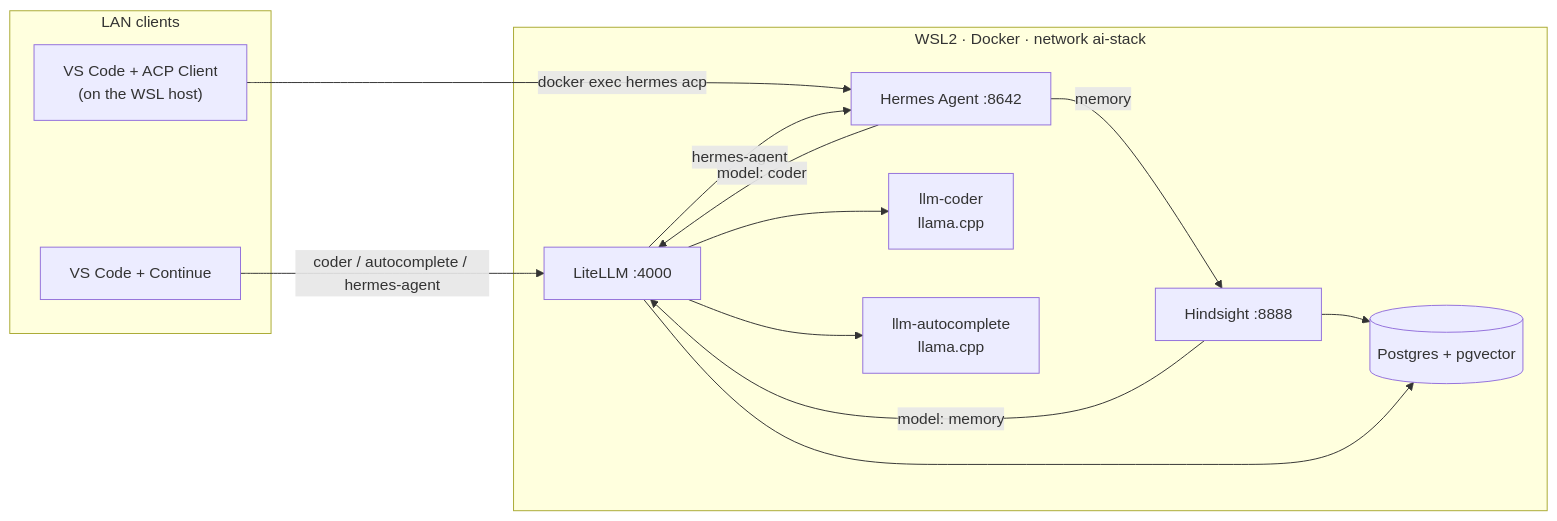
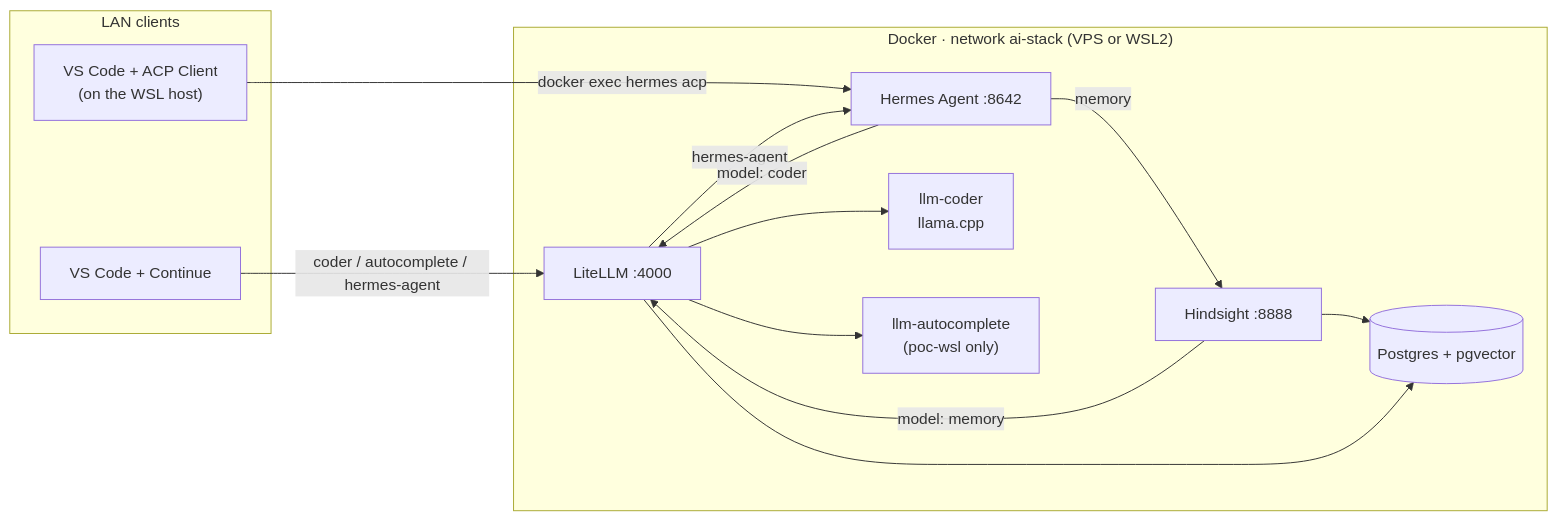
One commit to wyhitomi/ai-stack changed the diagram in README.md. Above: the diagram before and after it, drawn with Mermaid. The commit also changed other lines of this file and 19 other files, not shown here.

First line of the commit message:
Split into vps (4 vCPU/8 GB, CPU) and poc-wsl (Blackwell 8 GB) profiles

````diff
--- a/README.md
+++ b/README.md
@@ -13,24 +20,24 @@
 ```mermaid
 flowchart LR
   subgraph LAN["LAN clients"]
     VS["VS Code + Continue"]
     ACP["VS Code + ACP Client<br/>(on the WSL host)"]
   end
-  subgraph WSL["WSL2 · Docker · network ai-stack"]
+  subgraph WSL["Docker · network ai-stack (VPS or WSL2)"]
     LL["LiteLLM :4000"]
     HM["Hermes Agent :8642"]
     HS["Hindsight :8888"]
     C["llm-coder<br/>llama.cpp"]
-    A["llm-autocomplete<br/>llama.cpp"]
+    A["llm-autocomplete<br/>(poc-wsl only)"]
     PG[("Postgres + pgvector")]
   end
   VS -- "coder / autocomplete / hermes-agent" --> LL
   ACP -- "docker exec hermes acp" --> HM
   LL -- "hermes-agent" --> HM
   HM -- "model: coder" --> LL
   LL --> C & A
   HM -- memory --> HS
   HS -- "model: memory" --> LL
   HS --> PG
   LL --> PG
 ```
````
